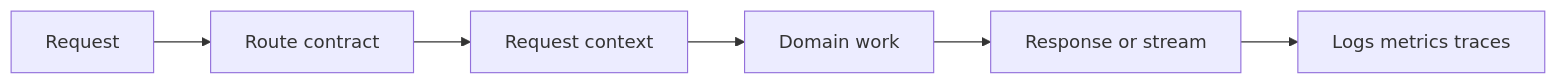
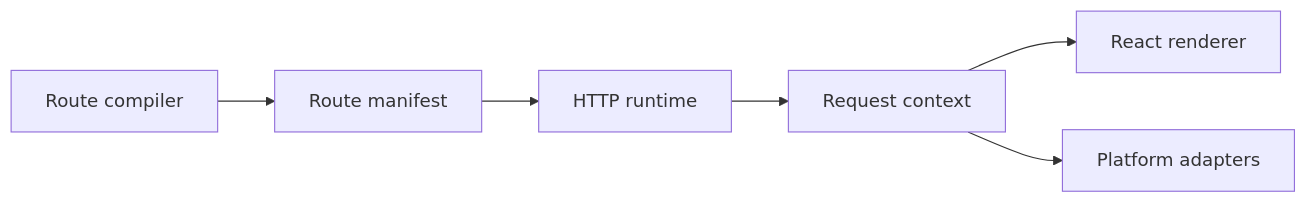
One commit to jeffersoncampos12p-dev/jeston changed the diagram in path/to/docs/core/architecture.mdx. Above: the diagram before and after it, drawn with Mermaid. The commit also changed other lines of this file and 31 other files, not shown here.

````diff
--- a/path/to/docs/core/architecture.mdx
+++ b/path/to/docs/core/architecture.mdx
@@ -88,8 +51,8 @@
 ```mermaid placement="top-right"
 flowchart LR
-    request[Request] --> route[Route contract]
-    route --> context[Request context]
-    context --> work[Domain work]
-    work --> response[Response or stream]
-    response --> signal[Logs metrics traces]
+    compiler[Route compiler] --> manifest[Route manifest]
+    manifest --> runtime[HTTP runtime]
+    runtime --> context[Request context]
+    context --> renderer[React renderer]
+    context --> adapters[Platform adapters]
 ```
````
